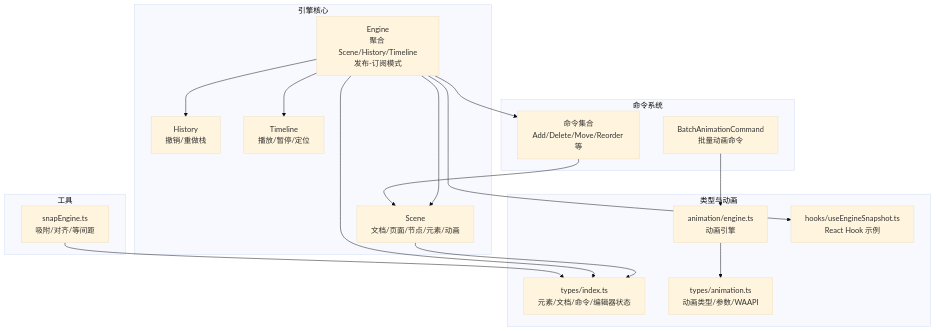
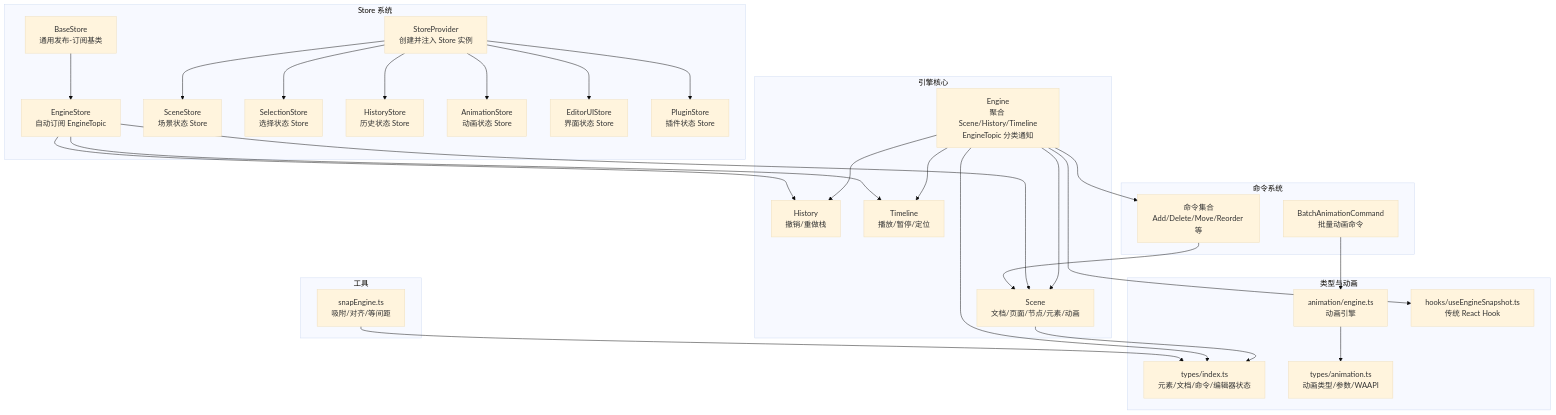
Before and after one commit to Anna0314zy/ai_editor_enginer: the first of 8 diagrams in .qoder/repowiki/zh/content/引擎系统/引擎系统.md, drawn with Mermaid (base theme). The commit also changed other lines of this file and 17 other files, not shown here.

````diff
--- a/.qoder/repowiki/zh/content/引擎系统/引擎系统.md
+++ b/.qoder/repowiki/zh/content/引擎系统/引擎系统.md
@@ -61,33 +77,54 @@
 ```mermaid
 graph TB
 subgraph "引擎核心"
-Engine["Engine<br/>聚合 Scene/History/Timeline<br/>发布-订阅模式"]
+Engine["Engine<br/>聚合 Scene/History/Timeline<br/>EngineTopic 分类通知"]
 Scene["Scene<br/>文档/页面/节点/元素/动画"]
 History["History<br/>撤销/重做栈"]
 Timeline["Timeline<br/>播放/暂停/定位"]
+end
+subgraph "Store 系统"
+StoreProvider["StoreProvider<br/>创建并注入 Store 实例"]
+BaseStore["BaseStore<br/>通用发布-订阅基类"]
+EngineStore["EngineStore<br/>自动订阅 EngineTopic"]
+SceneStore["SceneStore<br/>场景状态 Store"]
+SelectionStore["SelectionStore<br/>选择状态 Store"]
+HistoryStore["HistoryStore<br/>历史状态 Store"]
+AnimationStore["AnimationStore<br/>动画状态 Store"]
+EditorUIStore["EditorUIStore<br/>界面状态 Store"]
+PluginStore["PluginStore<br/>插件状态 Store"]
 end
 subgraph "命令系统"
 Cmds["命令集合<br/>Add/Delete/Move/Reorder 等"]
 BatchCmd["BatchAnimationCommand<br/>批量动画命令"]
 end
 subgraph "类型与动画"
 Types["types/index.ts<br/>元素/文档/命令/编辑器状态"]
 AnimTypes["types/animation.ts<br/>动画类型/参数/WAAPI"]
 AnimEngine["animation/engine.ts<br/>动画引擎"]
-Hook["hooks/useEngineSnapshot.ts<br/>React Hook 示例"]
+Hook["hooks/useEngineSnapshot.ts<br/>传统 React Hook"]
 end
 subgraph "工具"
 Snap["snapEngine.ts<br/>吸附/对齐/等间距"]
 end
 Engine --> Scene
 Engine --> History
 Engine --> Timeline
 Engine --> Cmds
+StoreProvider --> SceneStore
+StoreProvider --> SelectionStore
+StoreProvider --> HistoryStore
+StoreProvider --> AnimationStore
+StoreProvider --> EditorUIStore
+StoreProvider --> PluginStore
+BaseStore --> EngineStore
+EngineStore --> Scene
+EngineStore --> History
+EngineStore --> Timeline
 Cmds --> Scene
 BatchCmd --> AnimEngine
 AnimEngine --> AnimTypes
 Scene --> Types
 Engine --> Types
 Engine --> Hook
 Snap --> Types
 ```
````
